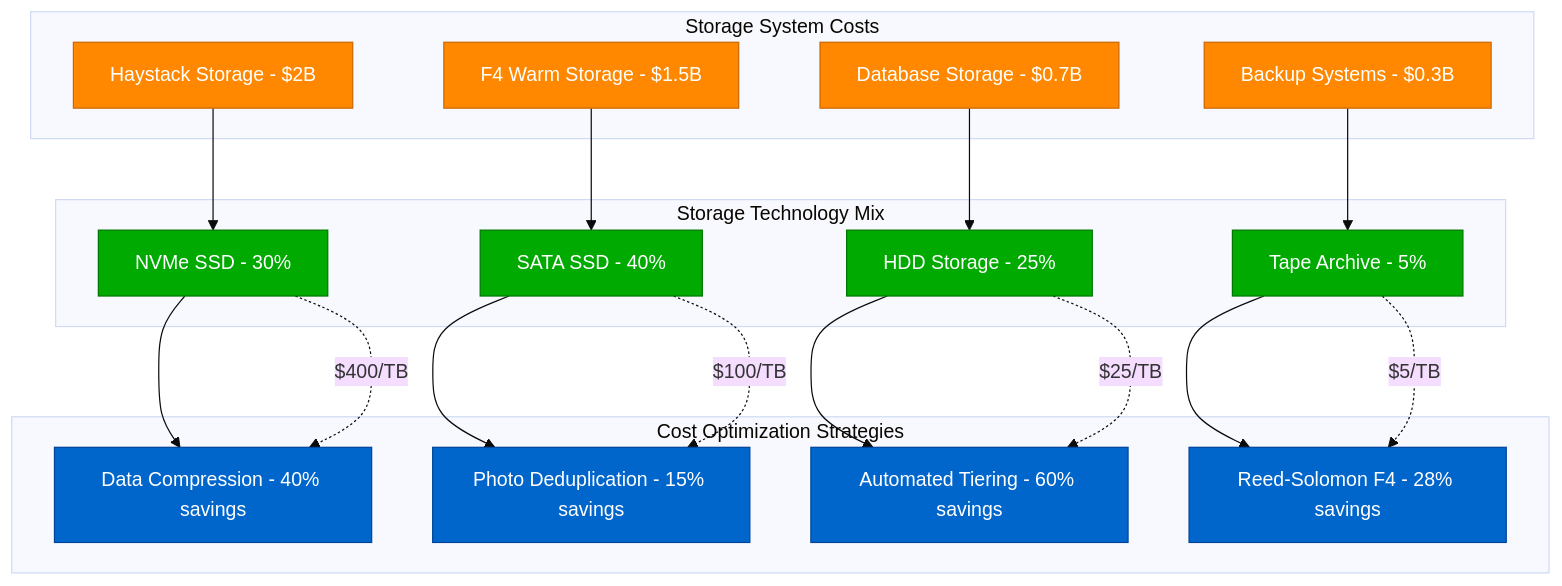
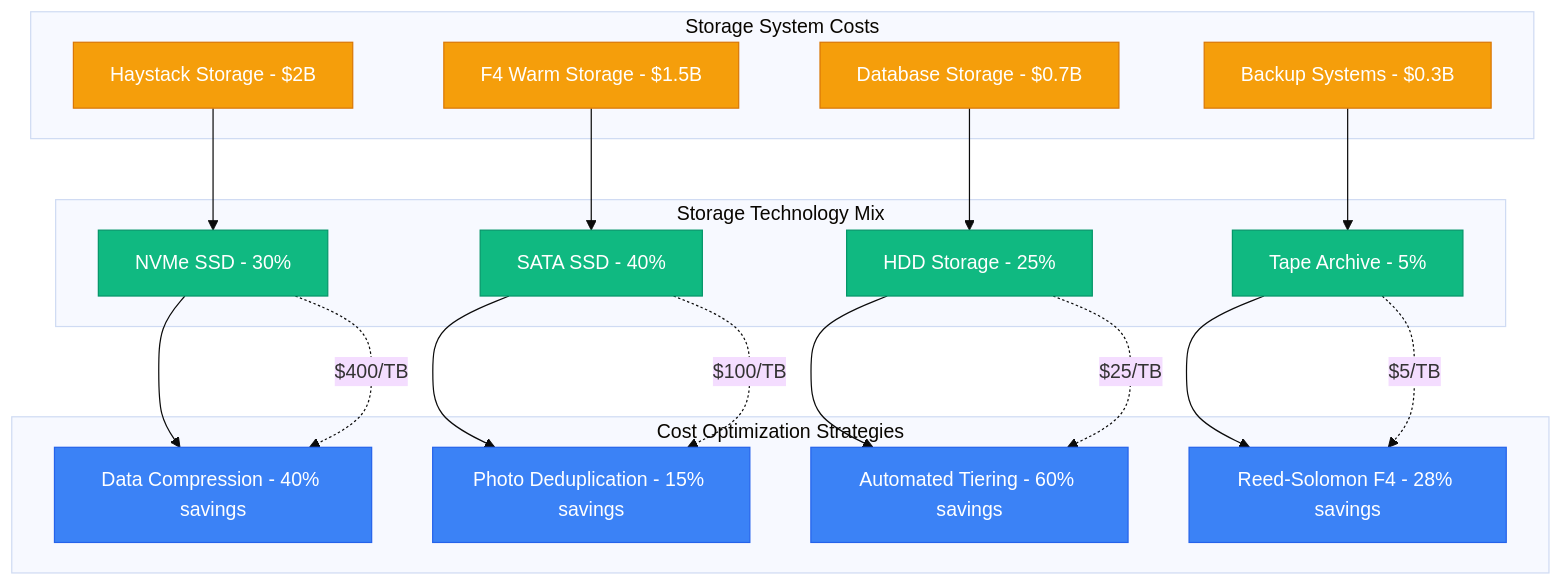
The fourth of 10 diagrams in site/docs/systems/meta/cost-breakdown.md (deepaucksharma/DS), drawn with Mermaid (base theme) before and after one commit. The commit also changed other lines of this file and 303 other files, not shown here.

````diff
--- a/site/docs/systems/meta/cost-breakdown.md
+++ b/site/docs/systems/meta/cost-breakdown.md
@@ -124,47 +124,47 @@
 ```mermaid
 graph TB
     subgraph StorageCosts[Storage System Costs]
         HAYSTACK_COST[Haystack Storage - $2B]
         F4_COST[F4 Warm Storage - $1.5B]
         DATABASE_COST[Database Storage - $0.7B]
         BACKUP_COST[Backup Systems - $0.3B]
     end
 
     subgraph StorageTypes[Storage Technology Mix]
         NVME_SSD[NVMe SSD - 30%]
         SATA_SSD[SATA SSD - 40%]
         HDD_STORAGE[HDD Storage - 25%]
         TAPE_ARCHIVE[Tape Archive - 5%]
     end
 
     subgraph CostOptimization[Cost Optimization Strategies]
         COMPRESSION[Data Compression - 40% savings]
         DEDUPLICATION[Photo Deduplication - 15% savings]
         TIERED_STORAGE[Automated Tiering - 60% savings]
         ENCODING[Reed-Solomon F4 - 28% savings]
     end
 
     HAYSTACK_COST --> NVME_SSD
     F4_COST --> SATA_SSD
     DATABASE_COST --> HDD_STORAGE
     BACKUP_COST --> TAPE_ARCHIVE
 
     NVME_SSD --> COMPRESSION
     SATA_SSD --> DEDUPLICATION
     HDD_STORAGE --> TIERED_STORAGE
     TAPE_ARCHIVE --> ENCODING
 
     %% Cost per TB annotations
     NVME_SSD -.->|"$400/TB"| COMPRESSION
     SATA_SSD -.->|"$100/TB"| DEDUPLICATION
     HDD_STORAGE -.->|"$25/TB"| TIERED_STORAGE
     TAPE_ARCHIVE -.->|"$5/TB"| ENCODING
 
-    classDef costStyle fill:#FF8800,stroke:#CC6600,color:#fff
-    classDef techStyle fill:#00AA00,stroke:#007700,color:#fff
-    classDef optStyle fill:#0066CC,stroke:#004499,color:#fff
+    classDef costStyle fill:#F59E0B,stroke:#D97706,color:#fff
+    classDef techStyle fill:#10B981,stroke:#059669,color:#fff
+    classDef optStyle fill:#3B82F6,stroke:#2563EB,color:#fff
 
     class HAYSTACK_COST,F4_COST,DATABASE_COST,BACKUP_COST costStyle
     class NVME_SSD,SATA_SSD,HDD_STORAGE,TAPE_ARCHIVE techStyle
     class COMPRESSION,DEDUPLICATION,TIERED_STORAGE,ENCODING optStyle
 ```
````
